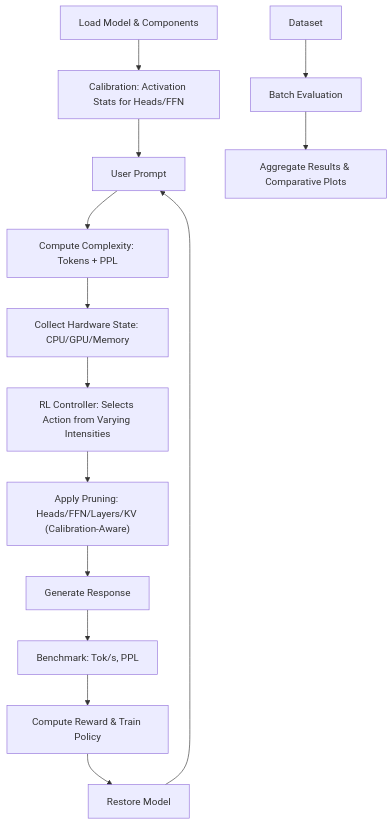
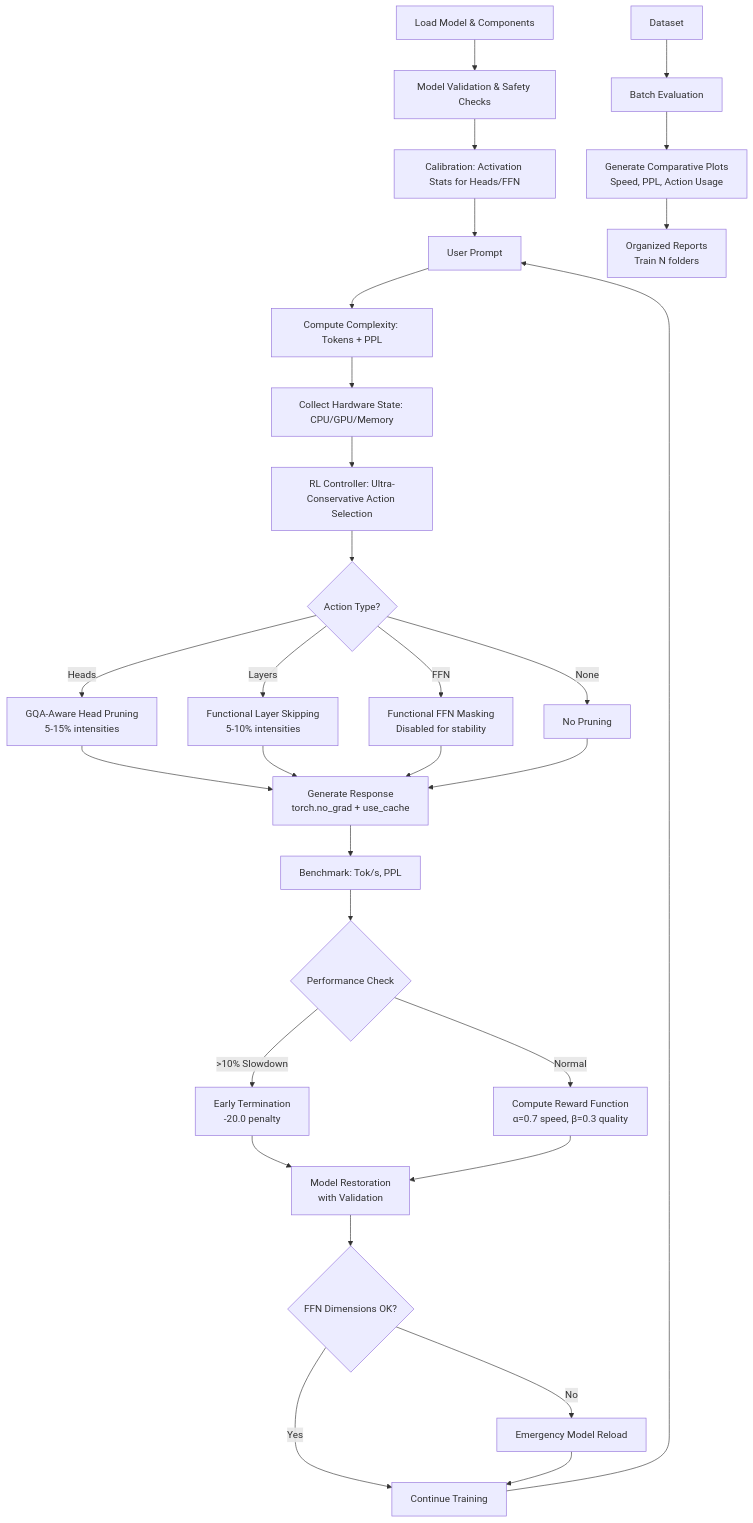
Before and after one commit to asief-iqbal/Thesis: the first of 3 diagrams in README.md, drawn with Mermaid. The commit also changed other lines of this file, not shown here.

````diff
--- a/README.md
+++ b/README.md
@@ -200,17 +220,33 @@
 ```mermaid
 flowchart TD
-    A[Load Model & Components] --> B[Calibration: Activation Stats for Heads/FFN]
-    B --> C[User Prompt]
-    C --> D[Compute Complexity: Tokens + PPL]
-    D --> E[Collect Hardware State: CPU/GPU/Memory]
-    E --> F[RL Controller: Selects Action from Varying Intensities]
-    F --> G["Apply Pruning: Heads/FFN/Layers/KV (Calibration-Aware)"]
-    G --> H[Generate Response]
-    H --> I[Benchmark: Tok/s, PPL]
-    I --> J[Compute Reward & Train Policy]
-    J --> K[Restore Model]
-    K --> C
+    A[Load Model & Components] --> B[Model Validation & Safety Checks]
+    B --> C[Calibration: Activation Stats for Heads/FFN]
+    C --> D[User Prompt]
+    D --> E[Compute Complexity: Tokens + PPL]
+    E --> F[Collect Hardware State: CPU/GPU/Memory]
+    F --> G[RL Controller: Ultra-Conservative Action Selection]
+    G --> H{Action Type?}
+    H -->|Heads| I[GQA-Aware Head Pruning<br/>5-15% intensities]
+    H -->|Layers| J[Functional Layer Skipping<br/>5-10% intensities]
+    H -->|FFN| K[Functional FFN Masking<br/>Disabled for stability]
+    H -->|None| L[No Pruning]
+    I --> M[Generate Response<br/>torch.no_grad + use_cache]
+    J --> M
+    K --> M
+    L --> M
+    M --> N[Benchmark: Tok/s, PPL]
+    N --> O{Performance Check}
+    O -->|>10% Slowdown| P[Early Termination<br/>-20.0 penalty]
+    O -->|Normal| Q[Compute Reward Function<br/>α=0.7 speed, β=0.3 quality]
+    P --> R[Model Restoration<br/>with Validation]
+    Q --> R
+    R --> S{FFN Dimensions OK?}
+    S -->|No| T[Emergency Model Reload]
+    S -->|Yes| U[Continue Training]
+    T --> U
+    U --> D
 
-    L[Dataset] --> M[Batch Evaluation]
-    M --> N[Aggregate Results & Comparative Plots]
+    V[Dataset] --> W[Batch Evaluation]
+    W --> X[Generate Comparative Plots<br/>Speed, PPL, Action Usage]
+    X --> Y[Organized Reports<br/>Train N folders]
 ```
````
